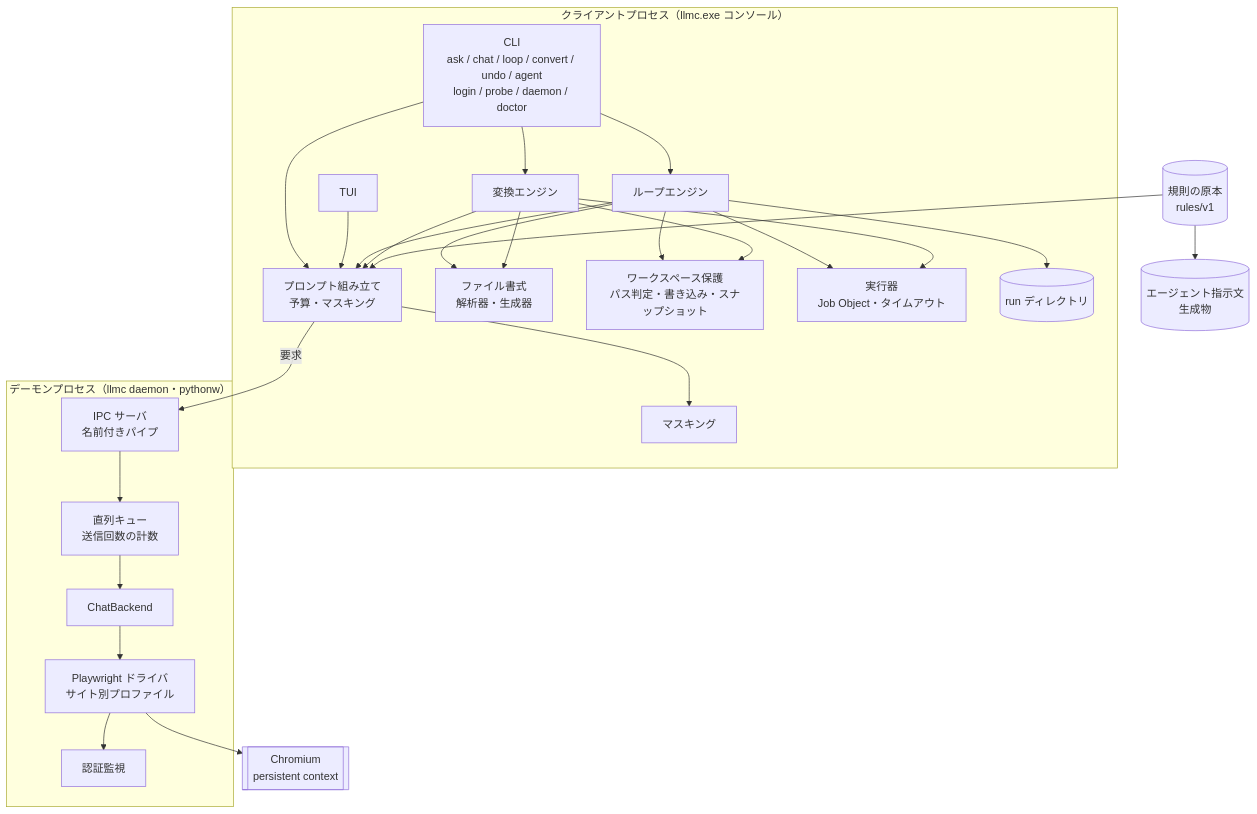
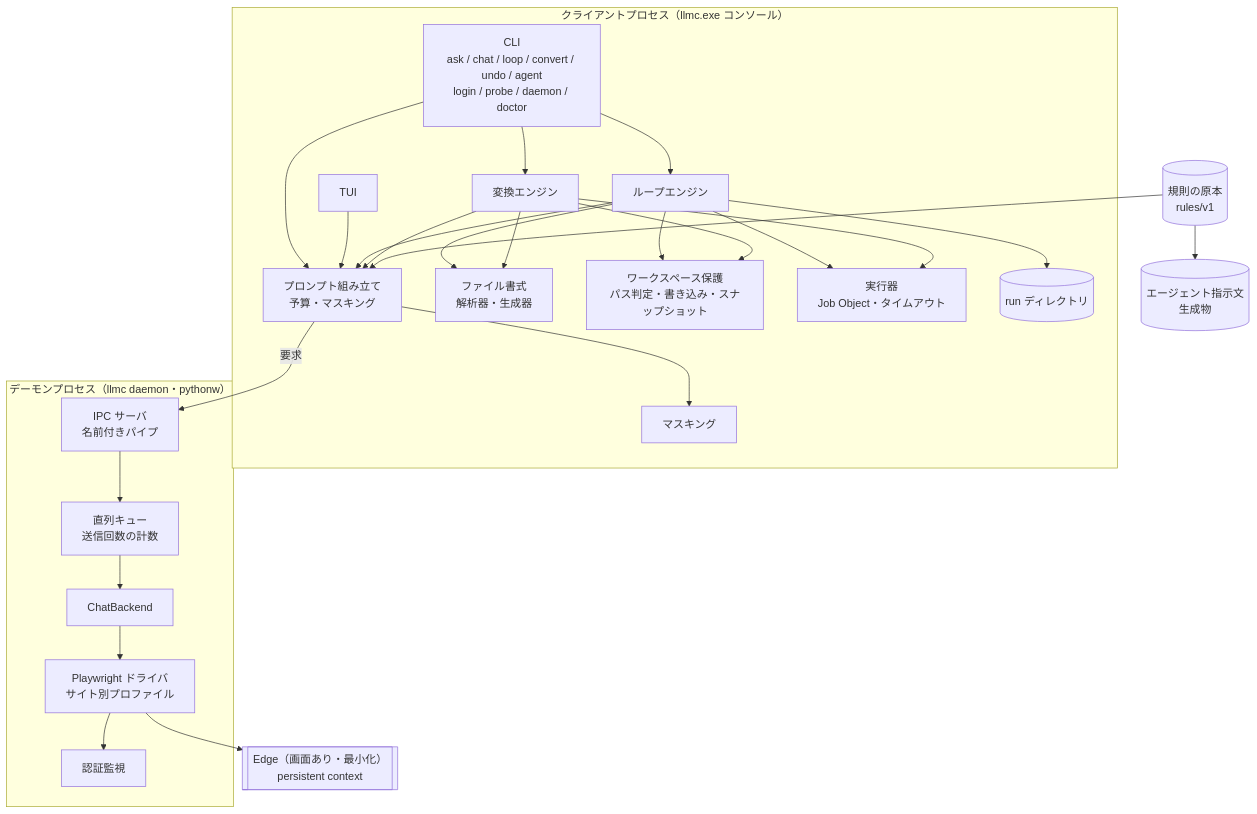
The first of 3 diagrams in docs/architecture.md (ip-sandbox/llmc), drawn with Mermaid before and after one commit. The commit also changed other lines of this file and 7 other files, not shown here.

````diff
--- a/docs/architecture.md
+++ b/docs/architecture.md
@@ -16,36 +16,36 @@
 ```mermaid
 flowchart TB
   subgraph Client["クライアントプロセス（llmc.exe コンソール）"]
     CLI[CLI<br/>ask / chat / loop / convert / undo / agent<br/>login / probe / daemon / doctor]
     TUI[TUI]
     PB[プロンプト組み立て<br/>予算・マスキング]
     FP[ファイル書式<br/>解析器・生成器]
     WG[ワークスペース保護<br/>パス判定・書き込み・スナップショット]
     LE[ループエンジン]
     CE[変換エンジン]
     EX[実行器<br/>Job Object・タイムアウト]
     MK[マスキング]
     RS[(run ディレクトリ)]
   end
   subgraph Daemon["デーモンプロセス（llmc daemon・pythonw）"]
     SRV[IPC サーバ<br/>名前付きパイプ]
     Q[直列キュー<br/>送信回数の計数]
     BE[ChatBackend]
     PW[Playwright ドライバ<br/>サイト別プロファイル]
     AU[認証監視]
   end
-  BR[[Chromium<br/>persistent context]]
+  BR[[Edge（画面あり・最小化）<br/>persistent context]]
   RULES[(規則の原本<br/>rules/v1)]
   AG[(エージェント指示文<br/>生成物)]
 
   CLI --> PB --> MK
   TUI --> PB
   CLI --> LE & CE
   LE --> PB & FP & WG & EX & RS
   CE --> PB & FP & WG & EX
   PB -->|要求| SRV
   SRV --> Q --> BE --> PW --> BR
   PW --> AU
   RULES --> PB
   RULES --> AG
 ```
````
